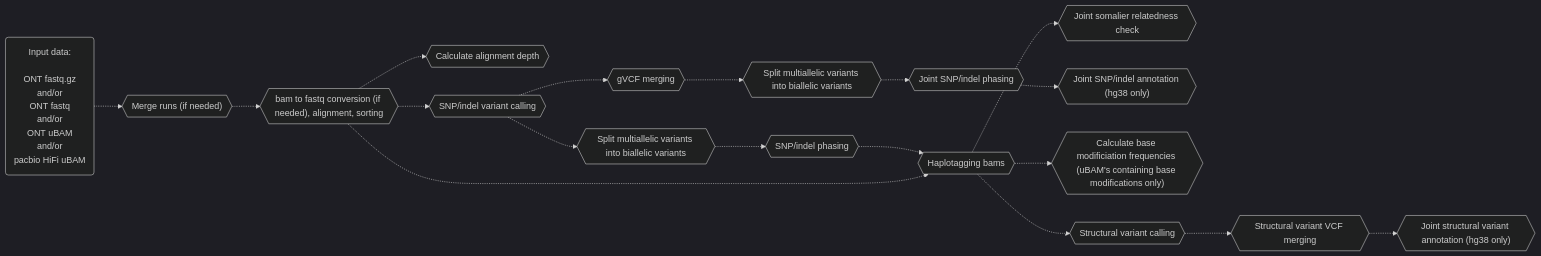
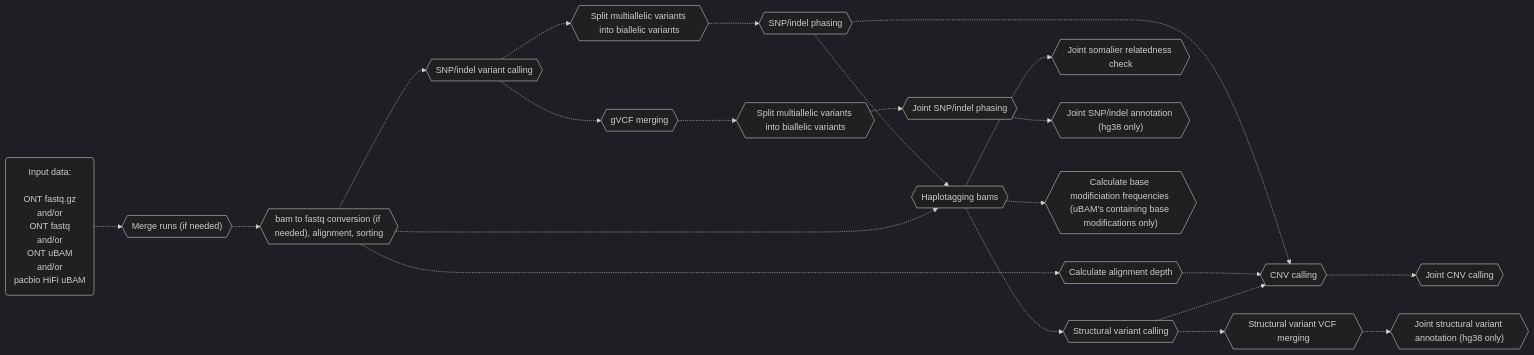
Before and after one commit to leahkemp/pipeface: the second of 3 diagrams in README.md, drawn with Mermaid. The commit also changed other lines of this file and 5 other files, not shown here.

````diff
--- a/README.md
+++ b/README.md
@@ -45,31 +49,36 @@
 ```mermaid
 %%{init: {'theme':'dark'}}%%
 flowchart LR
 
 input_data("Input data: <br><br> ONT fastq.gz <br> and/or <br> ONT fastq <br> and/or <br> ONT uBAM <br> and/or <br> pacbio HiFi uBAM")
 merging{{"Merge runs (if needed)"}}
 alignment{{"bam to fastq conversion (if needed), alignment, sorting"}}
 depth{{"Calculate alignment depth"}}
 snp_indel_calling{{"SNP/indel variant calling"}}
 split_multiallele{{"Split multiallelic variants into biallelic variants"}}
 snp_indel_phasing{{"SNP/indel phasing"}}
 joint_somalier{{"Joint somalier relatedness check"}}
 gvcf_merging{{"gVCF merging"}}
 joint_split_multiallele{{"Split multiallelic variants into biallelic variants"}}
 joint_snp_indel_phasing{{"Joint SNP/indel phasing"}}
 joint_snp_indel_annotation{{"Joint SNP/indel annotation (hg38 only)"}}
 haplotagging{{"Haplotagging bams"}}
 calculate_base_mod_freqs{{"Calculate base modificiation frequencies (uBAM's containing base modifications only)"}}
+cnv_calling{{"CNV calling"}}
+joint_cnv_calling{{"Joint CNV calling"}}
 sv_calling{{"Structural variant calling"}}
 sv_vcf_merging{{"Structural variant VCF merging"}}
 joint_sv_annotation{{"Joint structural variant annotation (hg38 only)"}}
 
 input_data-.->merging-.->alignment-.->snp_indel_calling-.->split_multiallele-.->snp_indel_phasing-.->haplotagging-.->sv_calling
 alignment-.->depth
 alignment-.->haplotagging
 haplotagging-.->calculate_base_mod_freqs
 haplotagging-.->joint_somalier
+snp_indel_phasing-.->cnv_calling-.->joint_cnv_calling
+depth-.->cnv_calling
+sv_calling-.->cnv_calling
 snp_indel_calling-.->gvcf_merging-.->joint_split_multiallele-.->joint_snp_indel_phasing-.->joint_snp_indel_annotation
 sv_calling-.->sv_vcf_merging-.->joint_sv_annotation
 
 ```
````
